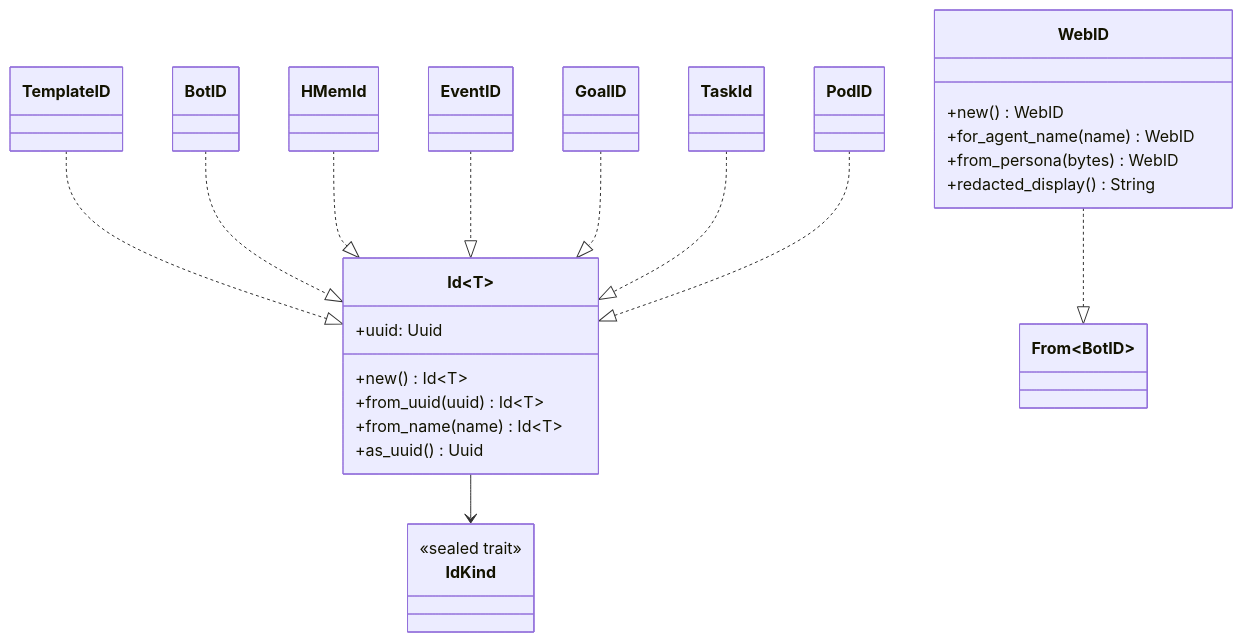
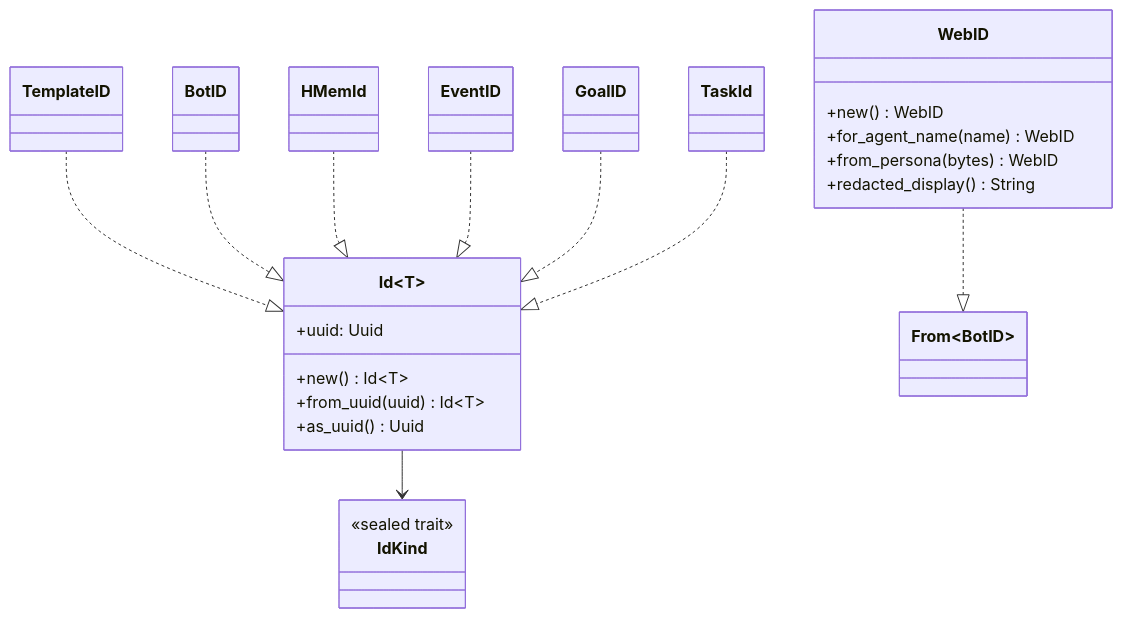
One commit to mdz-axo/zed-kask changed the fourth of 4 diagrams in kask/docs/diataxis/hkask-types/reference.md. Above: the diagram before and after it, drawn with Mermaid. The commit also changed other lines of this file and 41 other files, not shown here.

````diff
--- a/kask/docs/diataxis/hkask-types/reference.md
+++ b/kask/docs/diataxis/hkask-types/reference.md
@@ -261,36 +268,33 @@
 ```mermaid
 classDiagram
     class Id~T~ {
         +uuid: Uuid
         +new() Id~T~
         +from_uuid(uuid) Id~T~
-        +from_name(name) Id~T~
         +as_uuid() Uuid
     }
     class IdKind {
         <<sealed trait>>
     }
     class WebID {
         +new() WebID
         +for_agent_name(name) WebID
         +from_persona(bytes) WebID
         +redacted_display() String
     }
     class TemplateID
     class BotID
     class HMemId
     class EventID
     class GoalID
     class TaskId
-    class PodID
 
     Id~T~ --> IdKind
     TemplateID ..|> Id~TemplateKind~
     BotID ..|> Id~BotKind~
     HMemId ..|> Id~TripleKind~
     EventID ..|> Id~EventKind~
     GoalID ..|> Id~GoalKind~
     TaskId ..|> Id~TaskKind~
-    PodID ..|> Id~PodIdKind~
     WebID ..|> From~BotID~
 ```
````
